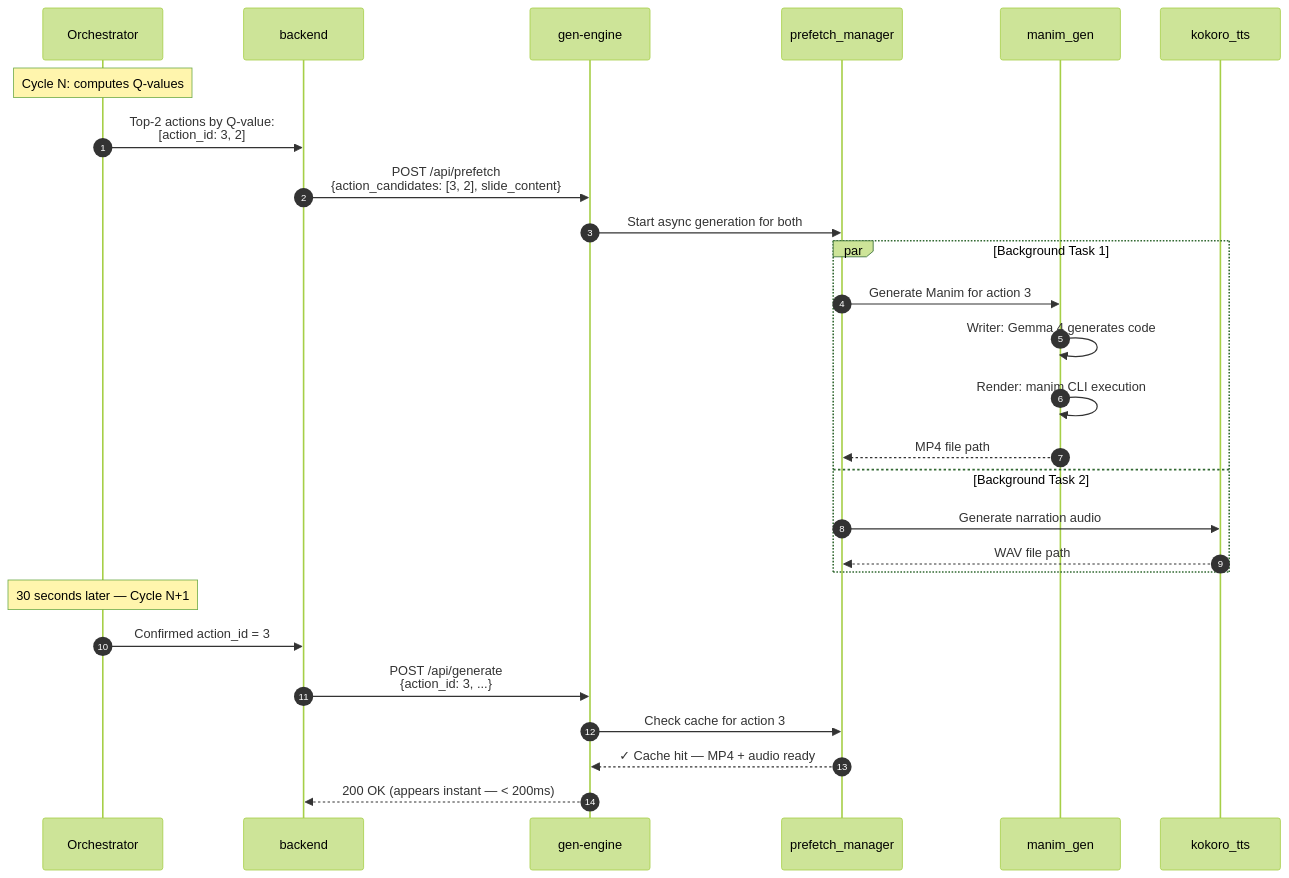
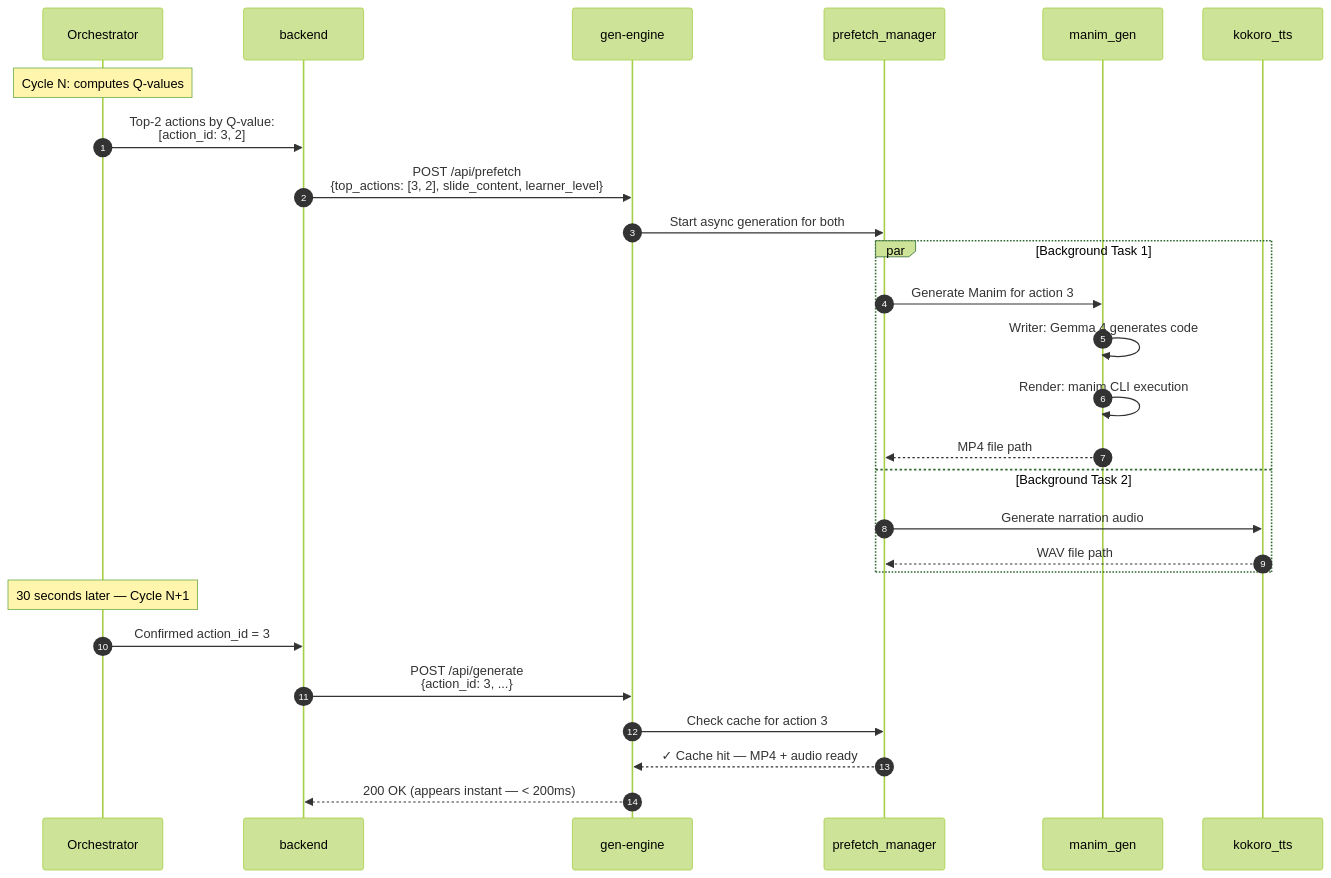
The fifth of 11 diagrams in gen-engine/docs/architecture.md (varunaditya27/NeuroAdapt), drawn with Mermaid (forest theme) before and after one commit. The commit also changed other lines of this file and 3 other files, not shown here.

Commit message:
enhance README and product specs with prefetch API details; update architecture for caching strategy; add metrics for prefetch requests and tasks in main.py

````diff
--- a/gen-engine/docs/architecture.md
+++ b/gen-engine/docs/architecture.md
@@ -217,32 +217,32 @@
 ```mermaid
 sequenceDiagram
     autonumber
     participant ORC as Orchestrator
     participant BE as backend
     participant GE as gen-engine
     participant PF as prefetch_manager
     participant MN as manim_gen
     participant TTS as kokoro_tts
 
     Note over ORC: Cycle N: computes Q-values
     ORC->>BE: Top-2 actions by Q-value:<br/>[action_id: 3, 2]
-    BE->>GE: POST /api/prefetch<br/>{action_candidates: [3, 2], slide_content}
+    BE->>GE: POST /api/prefetch<br/>{top_actions: [3, 2], slide_content, learner_level}
     GE->>PF: Start async generation for both
     
     par Background Task 1
         PF->>MN: Generate Manim for action 3
         MN->>MN: Writer: Gemma 4 generates code
         MN->>MN: Render: manim CLI execution
         MN-->>PF: MP4 file path
     and Background Task 2
         PF->>TTS: Generate narration audio
         TTS-->>PF: WAV file path
     end
     
     Note over ORC: 30 seconds later — Cycle N+1
     ORC->>BE: Confirmed action_id = 3
     BE->>GE: POST /api/generate<br/>{action_id: 3, ...}
     GE->>PF: Check cache for action 3
     PF-->>GE: ✓ Cache hit — MP4 + audio ready
     GE-->>BE: 200 OK (appears instant — < 200ms)
 ```
````
